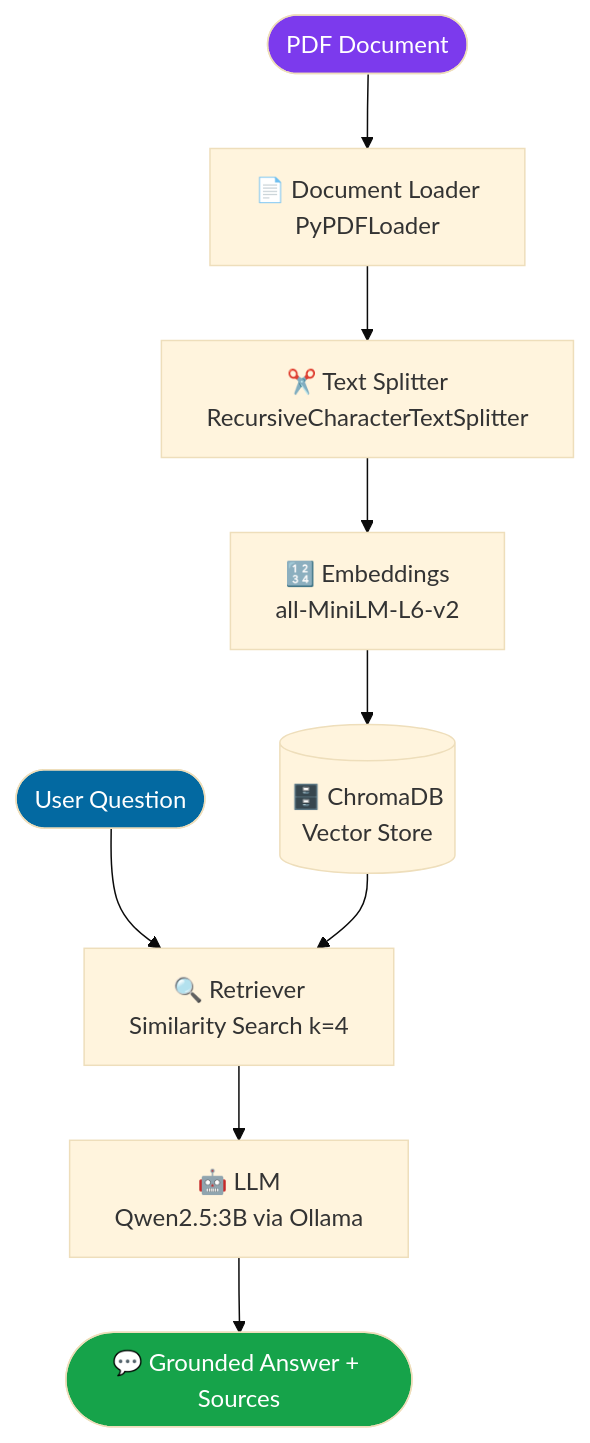
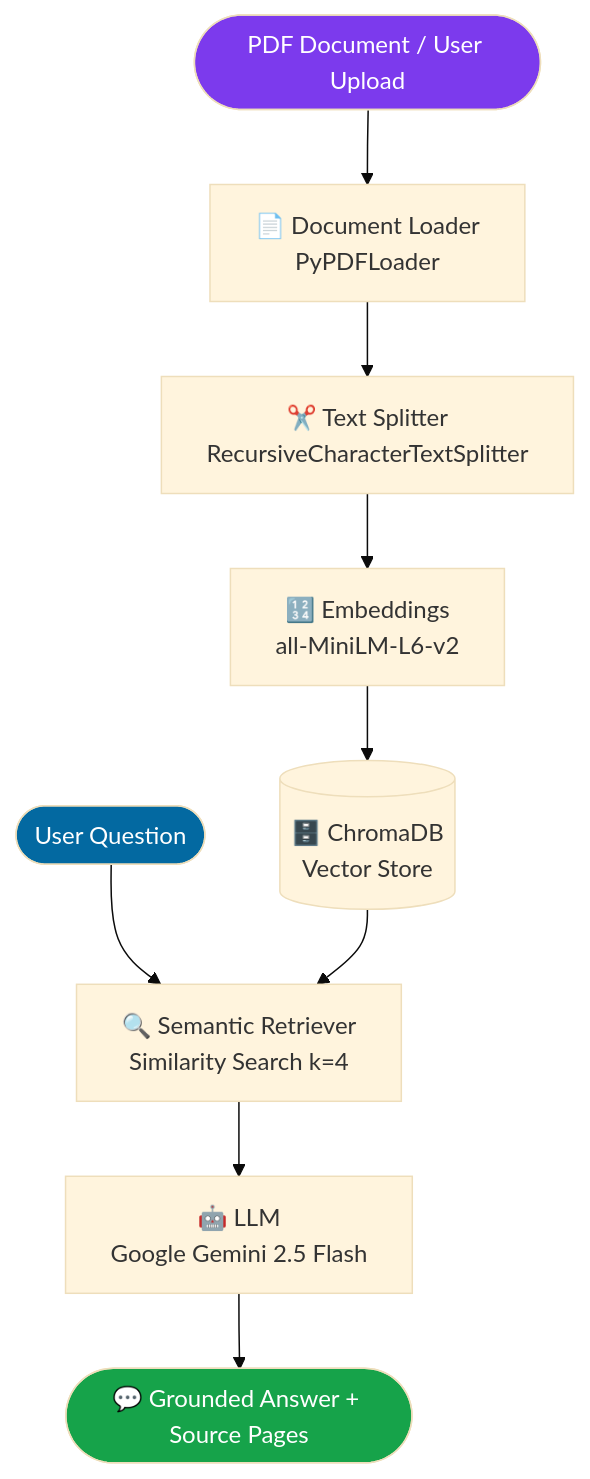
The diagram in README.md (RedamJaswanth/Advanced_PDF_RAG_Assistant), drawn with Mermaid (base theme) before and after one commit. The commit also changed other lines of this file and 7 other files, not shown here.

Commit message:
feat(rag): migrate from local Ollama to Google Gemini 2.5 Flash and enable dynamic PDF upload

````diff
--- a/README.md
+++ b/README.md
@@ -20,16 +47,16 @@
 ```mermaid
 flowchart TD
-    A([PDF Document]) --> B[📄 Document Loader\nPyPDFLoader]
+    A([PDF Document / User Upload]) --> B[📄 Document Loader\nPyPDFLoader]
     B --> C[✂️ Text Splitter\nRecursiveCharacterTextSplitter]
     C --> D[🔢 Embeddings\nall-MiniLM-L6-v2]
     D --> E[(🗄️ ChromaDB\nVector Store)]
 
-    F([User Question]) --> G[🔍 Retriever\nSimilarity Search k=4]
+    F([User Question]) --> G[🔍 Semantic Retriever\nSimilarity Search k=4]
     E --> G
-    G --> H[🤖 LLM\nQwen2.5:3B via Ollama]
-    H --> I([💬 Grounded Answer + Sources])
+    G --> H[🤖 LLM\nGoogle Gemini 2.5 Flash]
+    H --> I([💬 Grounded Answer + Source Pages])
 
     style A fill:#7c3aed,color:#fff
     style F fill:#0369a1,color:#fff
     style I fill:#16a34a,color:#fff
 ```
````
